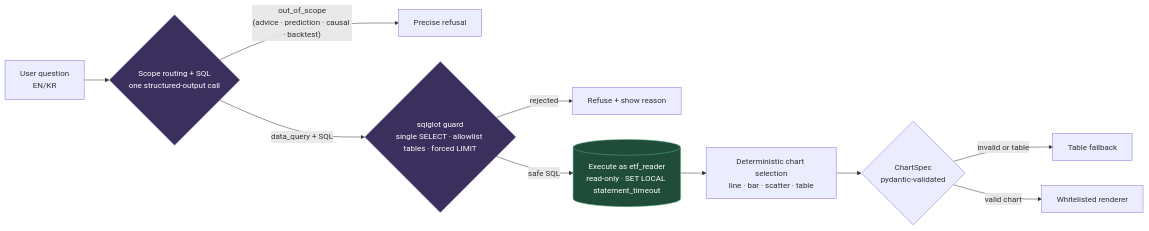
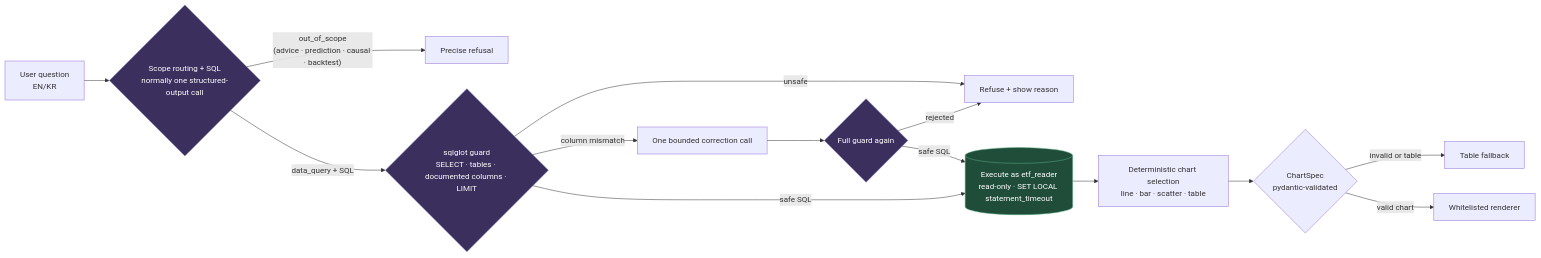
Before and after one commit to aestim/etf-analytics: the second of 2 diagrams in docs/architecture.md, drawn with Mermaid. The commit also changed 13 other files, not shown here.

````diff
--- a/docs/architecture.md
+++ b/docs/architecture.md
@@ -71,17 +71,21 @@
 ```mermaid
 flowchart LR
-  U[User question<br/>EN/KR] --> S{Scope routing + SQL<br/>one structured-output call}
+  U[User question<br/>EN/KR] --> S{Scope routing + SQL<br/>normally one structured-output call}
   S -- out_of_scope<br/>(advice · prediction · causal · backtest) --> R1[Precise refusal]
-  S -- data_query + SQL --> V{sqlglot guard<br/>single SELECT · allowlist tables · forced LIMIT}
-  V -- rejected --> R2[Refuse + show reason]
-  V -- safe SQL --> X[(Execute as etf_reader<br/>read-only · SET LOCAL statement_timeout)]
+  S -- data_query + SQL --> V1{sqlglot guard<br/>SELECT · tables · documented columns · LIMIT}
+  V1 -- unsafe --> R2[Refuse + show reason]
+  V1 -- column mismatch --> F[One bounded correction call]
+  F --> V2{Full guard again}
+  V2 -- rejected --> R2
+  V1 -- safe SQL --> X[(Execute as etf_reader<br/>read-only · SET LOCAL statement_timeout)]
+  V2 -- safe SQL --> X
   X --> C[Deterministic chart selection<br/>line · bar · scatter · table]
   C --> P{ChartSpec<br/>pydantic-validated}
   P -- invalid or table --> T[Table fallback]
   P -- valid chart --> W[Whitelisted renderer]
 
   classDef gate fill:#3b2f5e,stroke:#8a7fb8,color:#fff;
   classDef exec fill:#1f4d3a,stroke:#5fae86,color:#fff;
-  class S,V gate;
+  class S,V1,V2 gate;
   class X exec;
 ```
````
